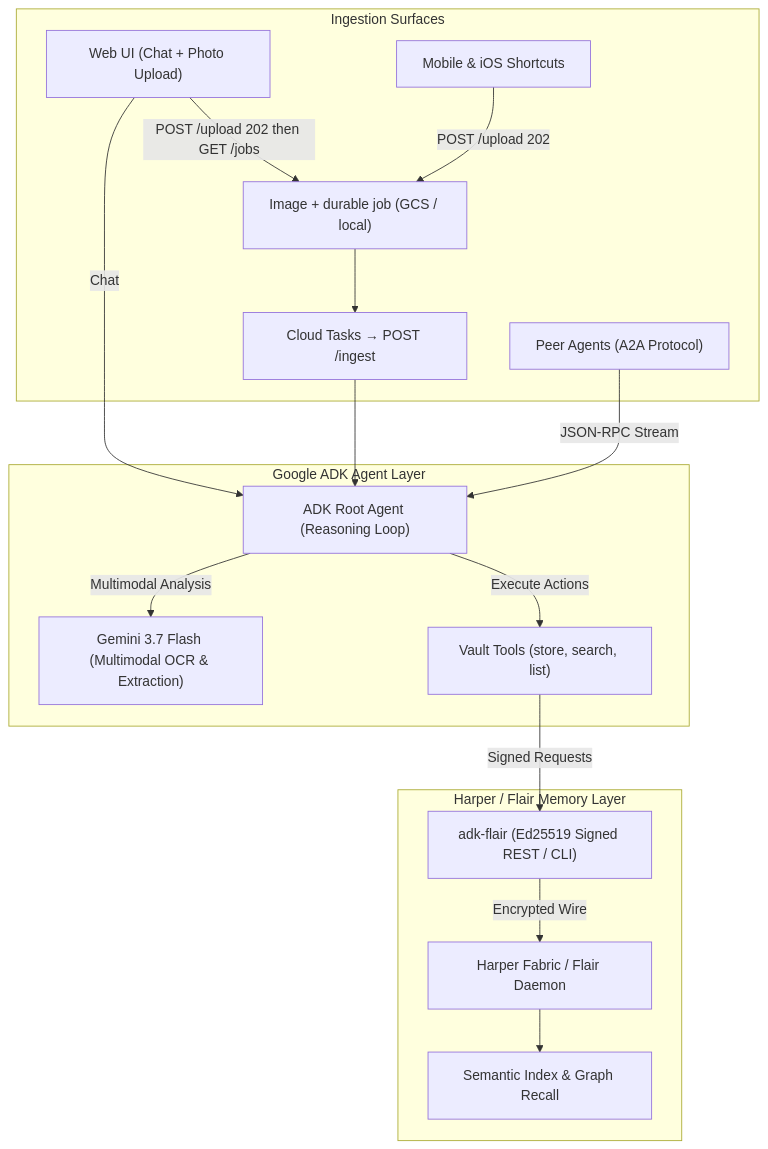
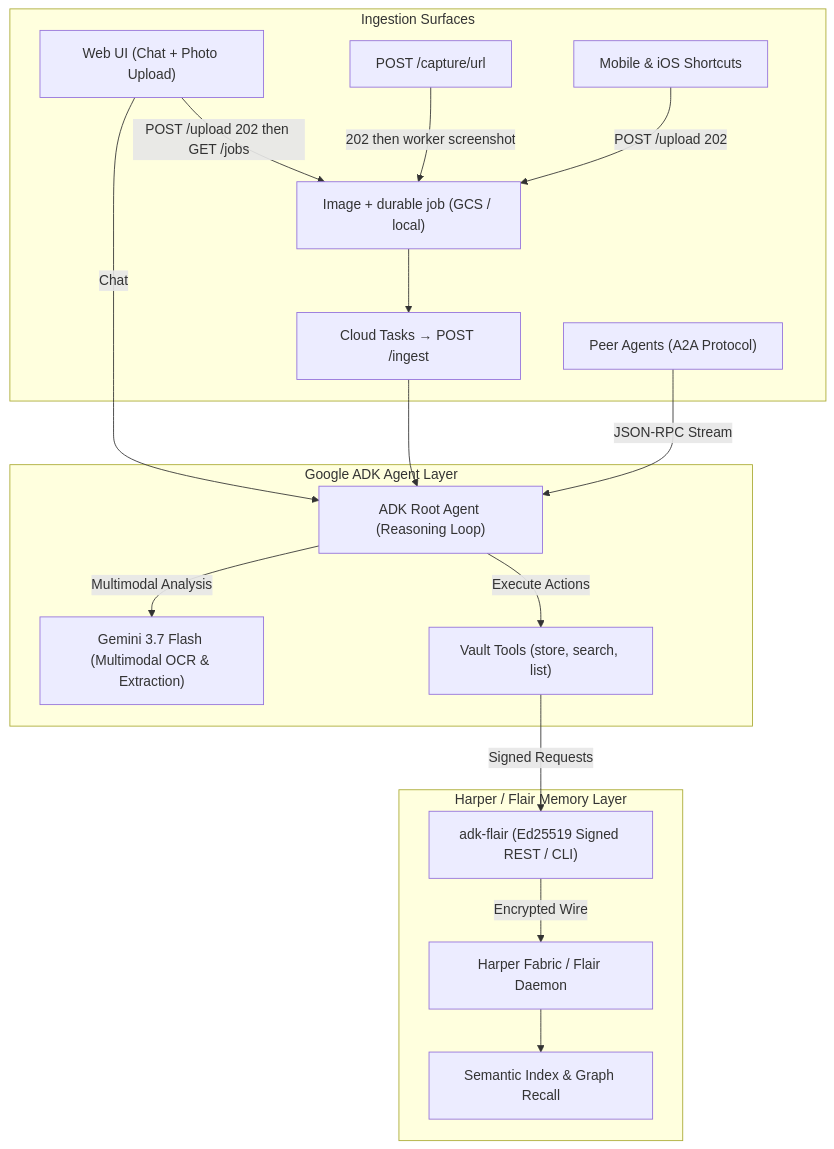
The diagram in README.md (heskew/visual-memory-vault), drawn with Mermaid before and after one commit. The commit also changed other lines of this file and 9 other files, not shown here.

First line of the commit message:
feat: capture a public URL as a page screenshot

````diff
--- a/README.md
+++ b/README.md
@@ -39,35 +39,37 @@
 ```mermaid
 flowchart TD
     subgraph Capture["Ingestion Surfaces"]
         Web["Web UI (Chat + Photo Upload)"]
+        URL["POST /capture/url"]
         iOS["Mobile & iOS Shortcuts"]
         Persist["Image + durable job (GCS / local)"]
         Tasks["Cloud Tasks → POST /ingest"]
         A2A["Peer Agents (A2A Protocol)"]
     end
 
     subgraph ADK["Google ADK Agent Layer"]
         Gemini["Gemini 3.7 Flash (Multimodal OCR & Extraction)"]
         Agent["ADK Root Agent (Reasoning Loop)"]
         Tools["Vault Tools (store, search, list)"]
     end
 
     subgraph Harper["Harper / Flair Memory Layer"]
         Adapter["adk-flair (Ed25519 Signed REST / CLI)"]
         Daemon["Harper Fabric / Flair Daemon"]
         Vector["Semantic Index & Graph Recall"]
     end
 
     Web -->|POST /upload 202 then GET /jobs| Persist
+    URL -->|202 then worker screenshot| Persist
     Web -->|Chat| Agent
     iOS -->|POST /upload 202| Persist
     Persist --> Tasks
     Tasks --> Agent
     A2A -->|JSON-RPC Stream| Agent
 
     Agent -->|Multimodal Analysis| Gemini
     Agent -->|Execute Actions| Tools
     Tools -->|Signed Requests| Adapter
     Adapter -->|Encrypted Wire| Daemon
     Daemon --> Vector
 ```
````
